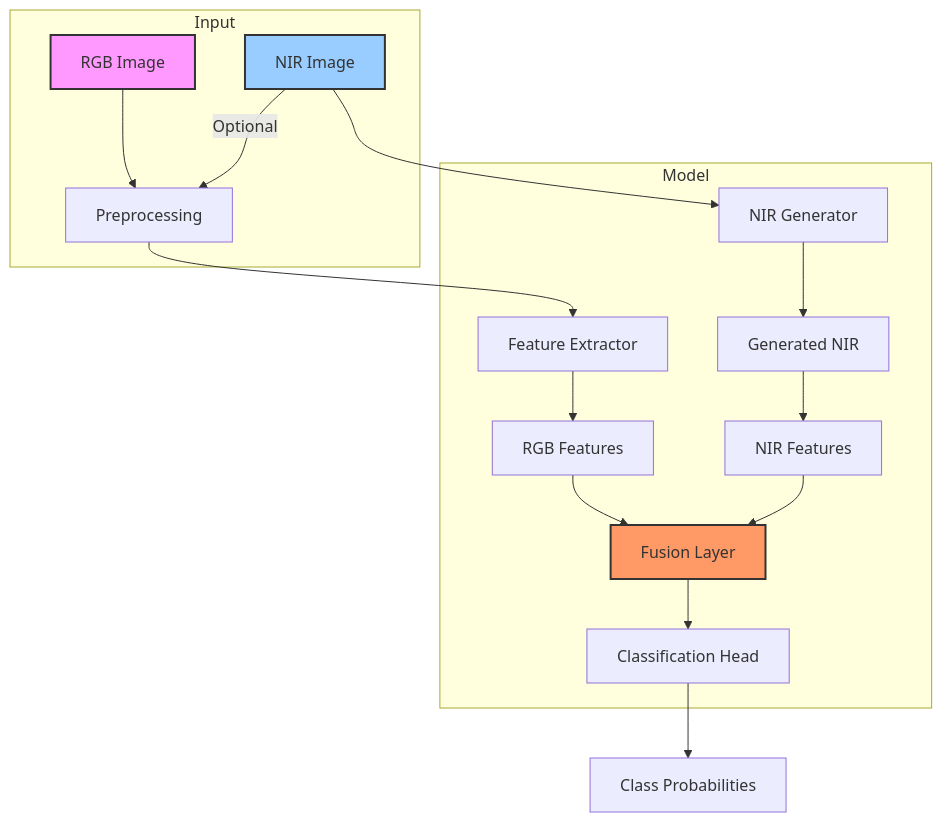
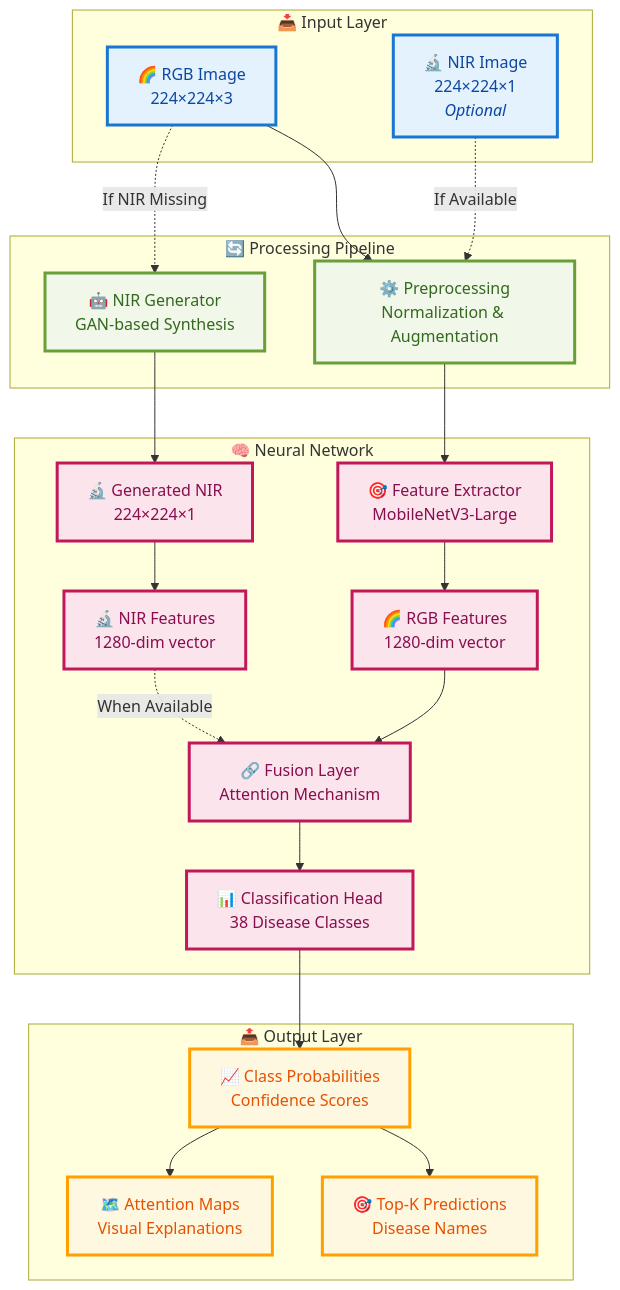
Before and after one commit to VIKAS9793/Krishisahayak-2.0: the third of 14 diagrams in docs/ARCHITECTURE.md, drawn with Mermaid. The commit also changed other lines of this file and 1 other file, not shown here.

First line of the commit message:
docs: Add comprehensive ARCHITECTURE.md and MODEL_CARD.md

````diff
--- a/docs/ARCHITECTURE.md
+++ b/docs/ARCHITECTURE.md
@@ -89,27 +138,51 @@
 ```mermaid
 graph TB
-    subgraph Input
-        A[RGB Image] --> B[Preprocessing]
-        C[NIR Image] -->|Optional| B
+    subgraph Input [" 📥 Input Layer "]
+        A[🌈 RGB Image<br/>224×224×3]
+        C[🔬 NIR Image<br/>224×224×1<br/><i>Optional</i>]
     end
     
-    subgraph Model
-        B --> D[Feature Extractor]
-        D --> E[RGB Features]
-        
-        C --> F[NIR Generator]
-        F --> G[Generated NIR]
-        G --> H[NIR Features]
-        
-        E --> I[Fusion Layer]
-        H --> I
-        
-        I --> J[Classification Head]
+    subgraph Processing [" 🔄 Processing Pipeline "]
+        B[⚙️ Preprocessing<br/>Normalization & Augmentation]
+        F[🤖 NIR Generator<br/>GAN-based Synthesis]
     end
     
-    J --> K[Class Probabilities]
+    subgraph Model [" 🧠 Neural Network "]
+        D[🎯 Feature Extractor<br/>MobileNetV3-Large]
+        E[🌈 RGB Features<br/>1280-dim vector]
+        G[🔬 Generated NIR<br/>224×224×1]
+        H[🔬 NIR Features<br/>1280-dim vector]
+        I[🔗 Fusion Layer<br/>Attention Mechanism]
+        J[📊 Classification Head<br/>38 Disease Classes]
+    end
     
-    style A fill:#f9f,stroke:#333,stroke-width:2px
-    style C fill:#9cf,stroke:#333,stroke-width:2px
-    style I fill:#f96,stroke:#333,stroke-width:2px
+    subgraph Output [" 📤 Output Layer "]
+        K[📈 Class Probabilities<br/>Confidence Scores]
+        L[🎯 Top-K Predictions<br/>Disease Names]
+        M[🗺️ Attention Maps<br/>Visual Explanations]
+    end
+    
+    A --> B
+    C -.->|If Available| B
+    A -.->|If NIR Missing| F
+    B --> D
+    D --> E
+    F --> G
+    G --> H
+    E --> I
+    H -.->|When Available| I
+    I --> J
+    J --> K
+    K --> L
+    K --> M
+    
+    classDef inputStyle fill:#e3f2fd,stroke:#1976d2,stroke-width:3px,color:#0d47a1
+    classDef processStyle fill:#f1f8e9,stroke:#689f38,stroke-width:3px,color:#33691e
+    classDef modelStyle fill:#fce4ec,stroke:#c2185b,stroke-width:3px,color:#880e4f
+    classDef outputStyle fill:#fff8e1,stroke:#ffa000,stroke-width:3px,color:#e65100
+    
+    class A,C inputStyle
+    class B,F processStyle
+    class D,E,G,H,I,J modelStyle
+    class K,L,M outputStyle
 ```
````
